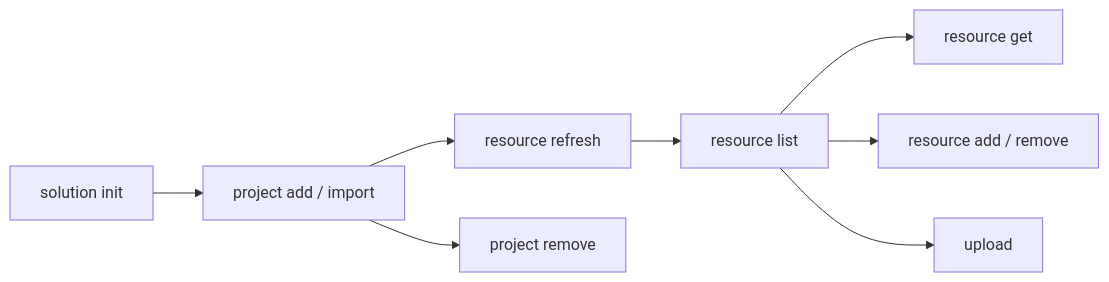
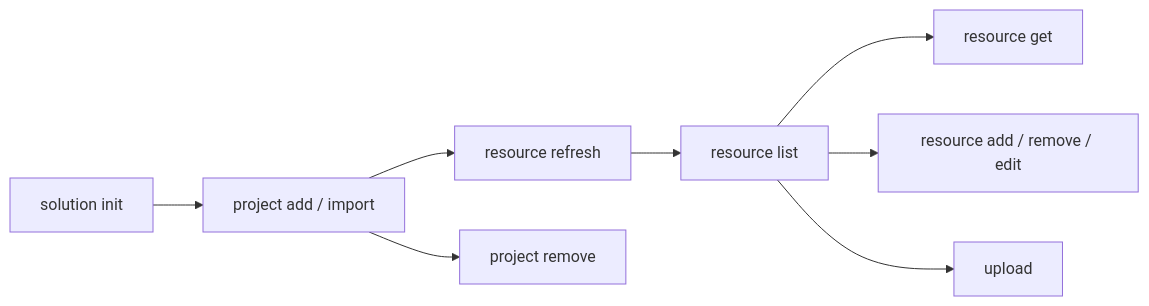
The diagram in skills/uipath-solution/references/operate/develop-solution.md (UiPath/skills), drawn with Mermaid before and after one commit. The commit also changed other lines of this file and 4 other files, not shown here.

````diff
--- a/skills/uipath-solution/references/operate/develop-solution.md
+++ b/skills/uipath-solution/references/operate/develop-solution.md
@@ -20,10 +20,10 @@
 ```mermaid
 graph LR
     A[solution init] --> B[project add / import]
     B --> C[resource refresh]
     C --> D[resource list]
     D --> G[resource get]
-    D --> H[resource add / remove]
+    D --> H[resource add / remove / edit]
     D --> E[upload]
     B --> F[project remove]
 ```
````
